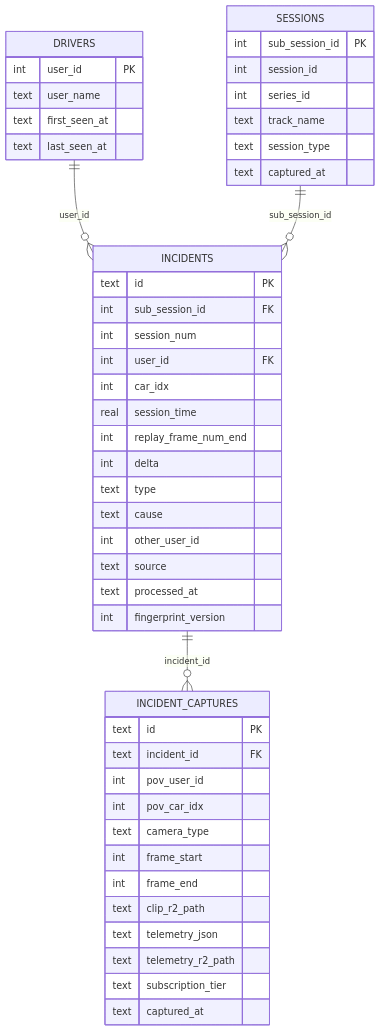
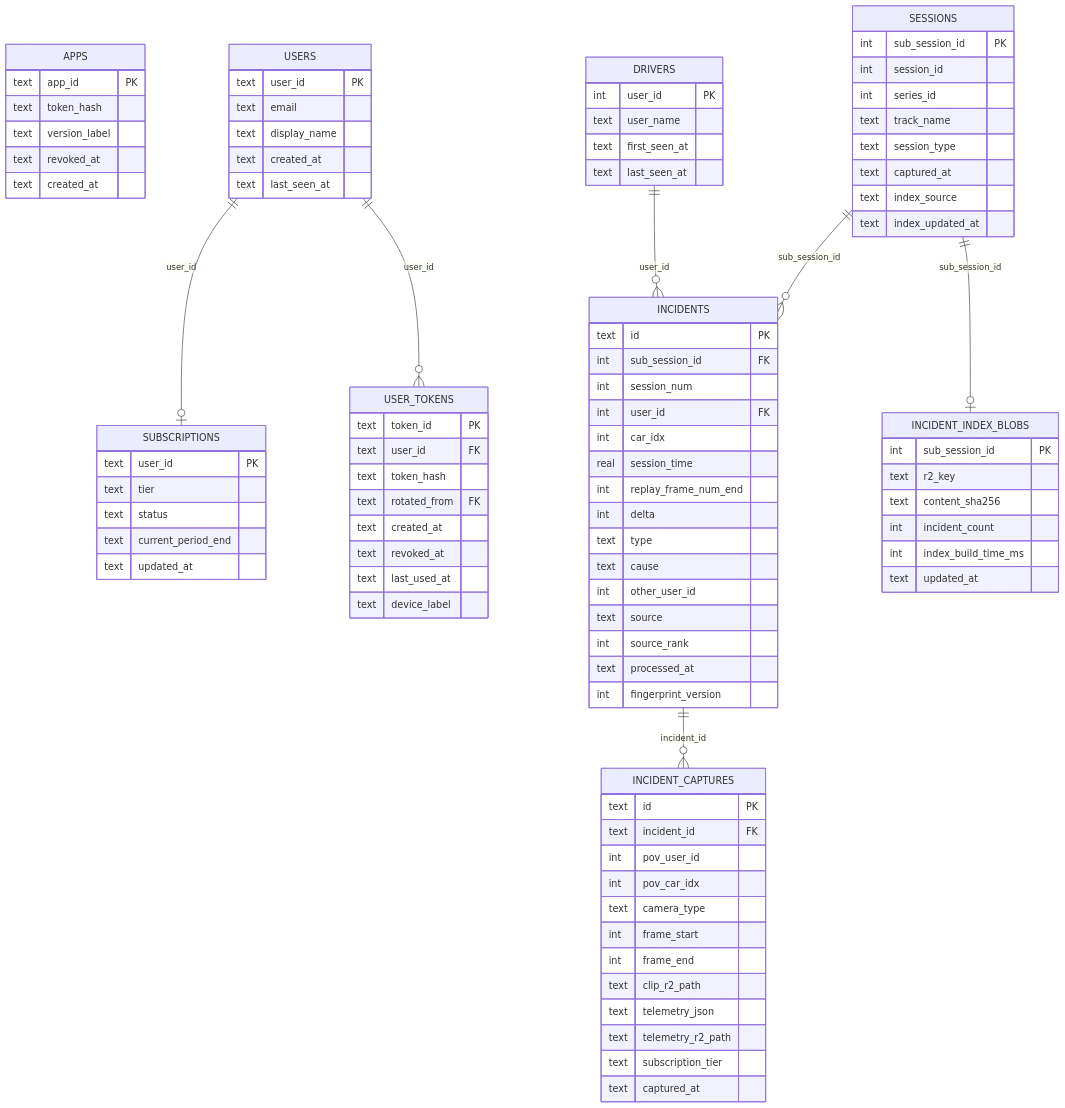
One commit to simsteward/simhub-plugin changed the third of 6 diagrams in docs/ARCHITECTURE.md. Above: the diagram before and after it, drawn with Mermaid. The commit also changed other lines of this file and 47 other files, not shown here.

````diff
--- a/docs/ARCHITECTURE.md
+++ b/docs/ARCHITECTURE.md
@@ -149,5 +151,36 @@
 ```mermaid
 erDiagram
+  APPS {
+    text app_id PK
+    text token_hash
+    text version_label
+    text revoked_at
+    text created_at
+  }
+  USERS {
+    text user_id PK
+    text email
+    text display_name
+    text created_at
+    text last_seen_at
+  }
+  SUBSCRIPTIONS {
+    text user_id PK
+    text tier
+    text status
+    text current_period_end
+    text updated_at
+  }
+  USER_TOKENS {
+    text token_id PK
+    text user_id FK
+    text token_hash
+    text rotated_from FK
+    text created_at
+    text revoked_at
+    text last_used_at
+    text device_label
+  }
   DRIVERS {
     int user_id PK
     text user_name
@@ -161,6 +194,8 @@
     text track_name
     text session_type
     text captured_at
+    text index_source
+    text index_updated_at
   }
   INCIDENTS {
     text id PK
@@ -175,8 +210,17 @@
     text cause
     int other_user_id
     text source
+    int source_rank
     text processed_at
     int fingerprint_version
+  }
+  INCIDENT_INDEX_BLOBS {
+    int sub_session_id PK
+    text r2_key
+    text content_sha256
+    int incident_count
+    int index_build_time_ms
+    text updated_at
   }
   INCIDENT_CAPTURES {
     text id PK
@@ -192,7 +236,10 @@
     text subscription_tier
     text captured_at
   }
+  USERS ||--o| SUBSCRIPTIONS : "user_id"
+  USERS ||--o{ USER_TOKENS : "user_id"
   DRIVERS ||--o{ INCIDENTS : "user_id"
   SESSIONS ||--o{ INCIDENTS : "sub_session_id"
+  SESSIONS ||--o| INCIDENT_INDEX_BLOBS : "sub_session_id"
   INCIDENTS ||--o{ INCIDENT_CAPTURES : "incident_id"
 ```
````
